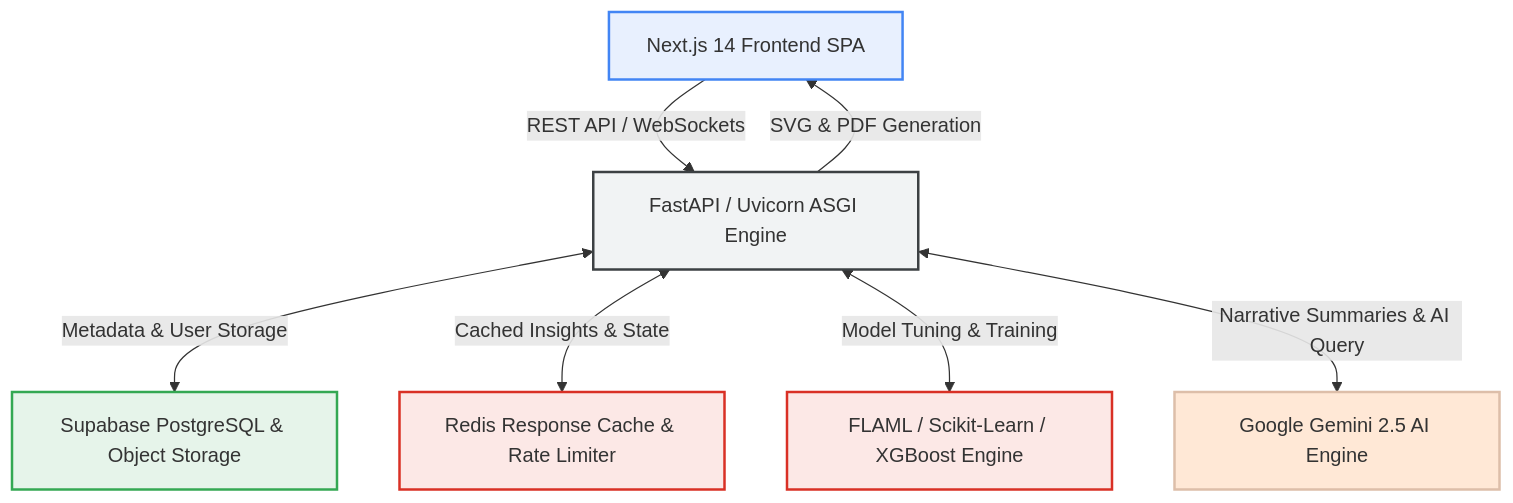
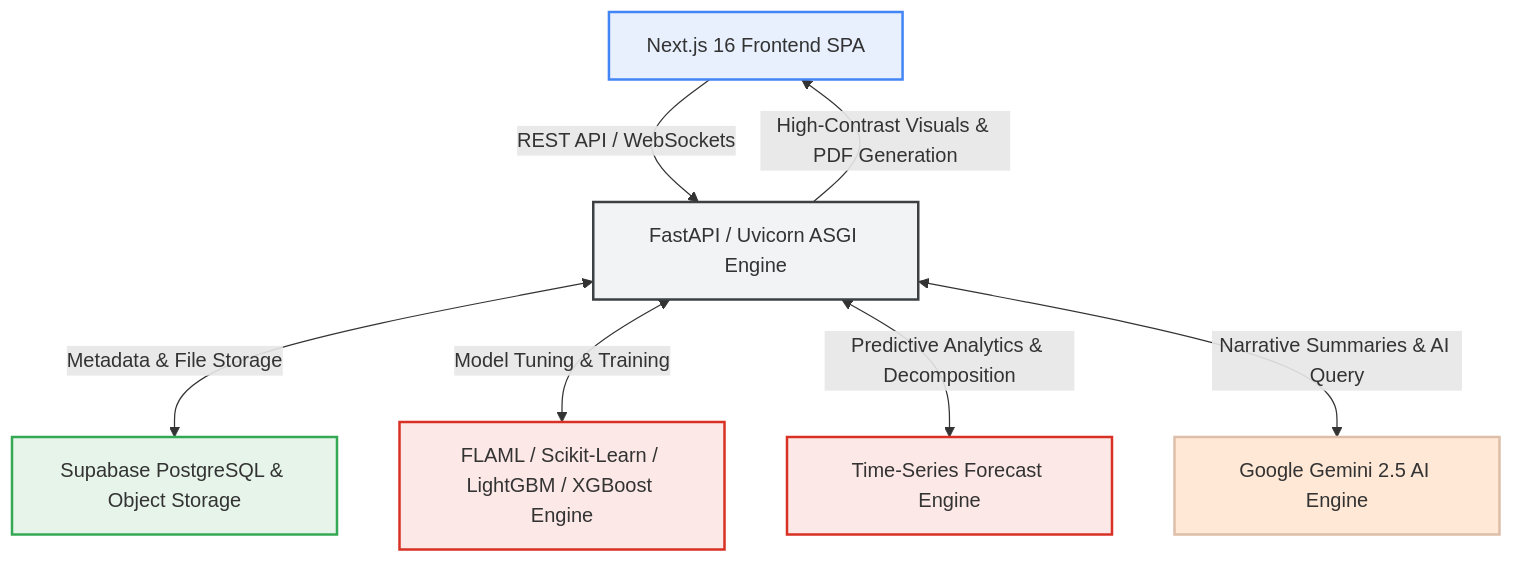
The diagram in README.md (FaheemorFAB/DataForge_v3), drawn with Mermaid before and after one commit. The commit also changed other lines of this file and 10 other files, not shown here.

Commit message:
feat: integrate forecasting engine and update workspace insights dashboard

````diff
--- a/README.md
+++ b/README.md
@@ -9,22 +9,22 @@
 ```mermaid
 graph TD
     classDef client fill:#E8F0FE,stroke:#4285F4,stroke-width:2px;
     classDef api fill:#F1F3F4,stroke:#3C4043,stroke-width:2px;
     classDef worker fill:#FCE8E6,stroke:#D93025,stroke-width:2px;
     classDef external fill:#FFE8D6,stroke:#DDBEA9,stroke-width:2px;
     classDef storage fill:#E6F4EA,stroke:#34A853,stroke-width:2px;
 
-    User[Next.js 14 Frontend SPA]:::client
+    User[Next.js 16 Frontend SPA]:::client
     FastAPI[FastAPI / Uvicorn ASGI Engine]:::api
     Gemini[Google Gemini 2.5 AI Engine]:::external
-    Redis[Redis Response Cache & Rate Limiter]:::worker
+    Forecast[Time-Series Forecast Engine]:::worker
     Supa[Supabase PostgreSQL & Object Storage]:::storage
-    AutoML[FLAML / Scikit-Learn / XGBoost Engine]:::worker
+    AutoML[FLAML / Scikit-Learn / LightGBM / XGBoost Engine]:::worker
 
     User -->|REST API / WebSockets| FastAPI
-    FastAPI <-->|Metadata & User Storage| Supa
-    FastAPI <-->|Cached Insights & State| Redis
+    FastAPI <-->|Metadata & File Storage| Supa
     FastAPI <-->|Model Tuning & Training| AutoML
+    FastAPI <-->|Predictive Analytics & Decomposition| Forecast
     FastAPI <-->|Narrative Summaries & AI Query| Gemini
-    FastAPI -->|SVG & PDF Generation| User
+    FastAPI -->|High-Contrast Visuals & PDF Generation| User
 ```
````
